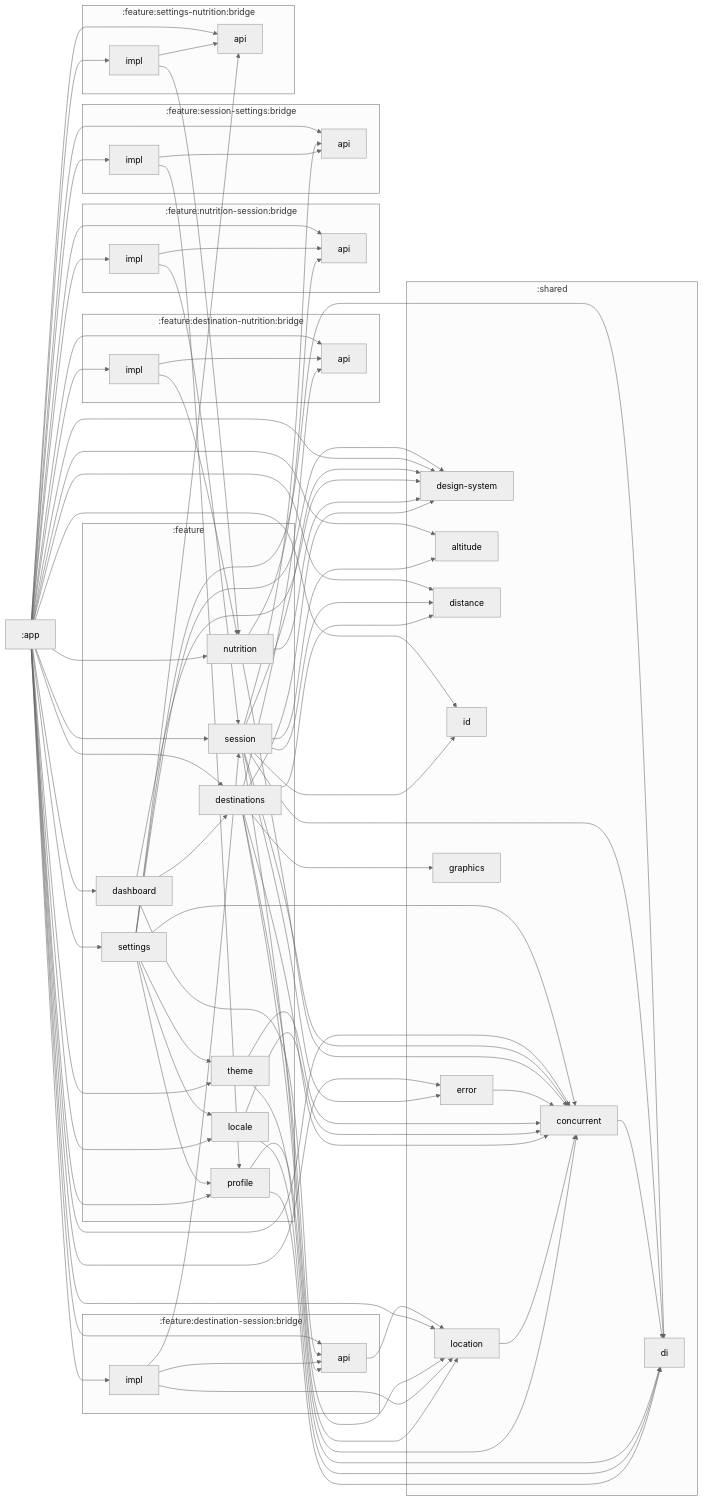
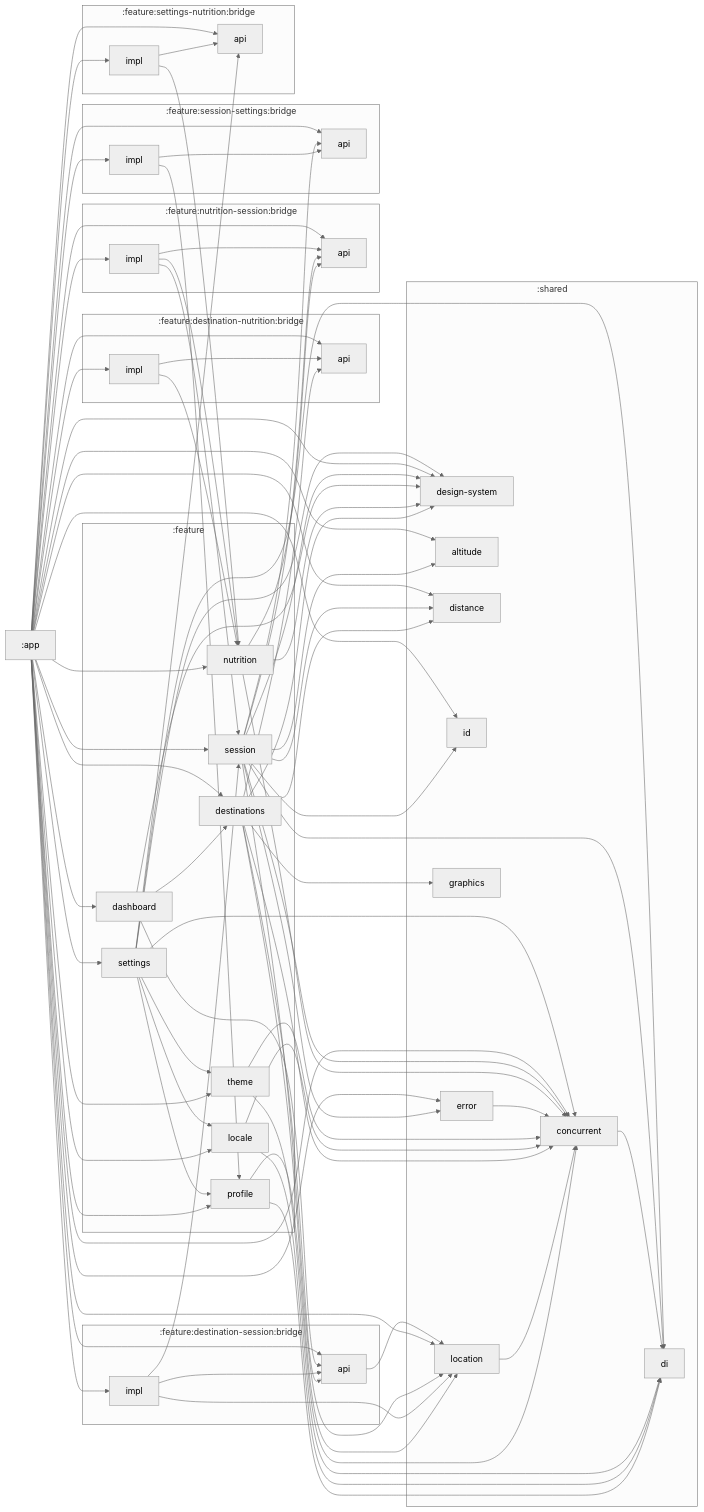
Before and after one commit to koflox/cycling-assistant: the diagram in docs/MODULE_GRAPH.md, drawn with Mermaid.

Commit message:
docs: update module dependency graph

```diff
--- a/docs/MODULE_GRAPH.md
+++ b/docs/MODULE_GRAPH.md
@@ -82,6 +82,7 @@
   :app --> :shared:id
   :app --> :shared:location
   :app --> :shared:error
+  :feature:nutrition-session:bridge:impl --> :feature:nutrition
   :feature:nutrition-session:bridge:impl --> :feature:nutrition-session:bridge:api
   :feature:nutrition-session:bridge:impl --> :feature:session
   :feature:session --> :shared:altitude
@@ -92,6 +93,7 @@
   :feature:session --> :shared:error
   :feature:session --> :shared:id
   :feature:session --> :shared:location
+  :feature:session --> :feature:nutrition-session:bridge:api
   :feature:session --> :feature:session-settings:bridge:api
   :feature:dashboard --> :feature:destinations
   :feature:dashboard --> :feature:destination-session:bridge:api
```
